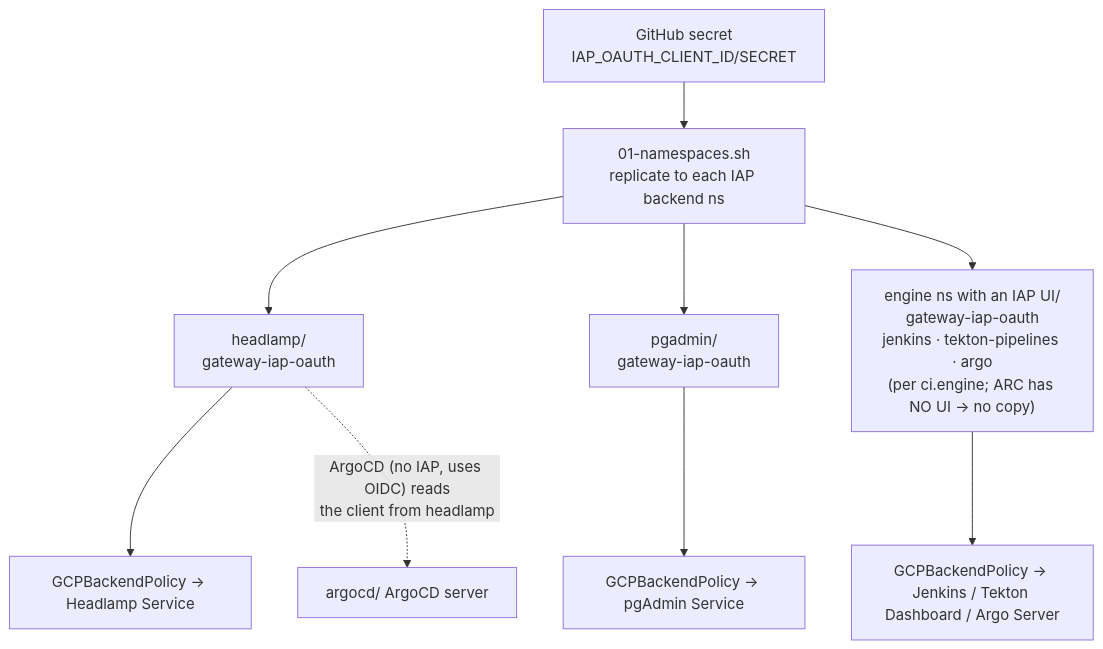
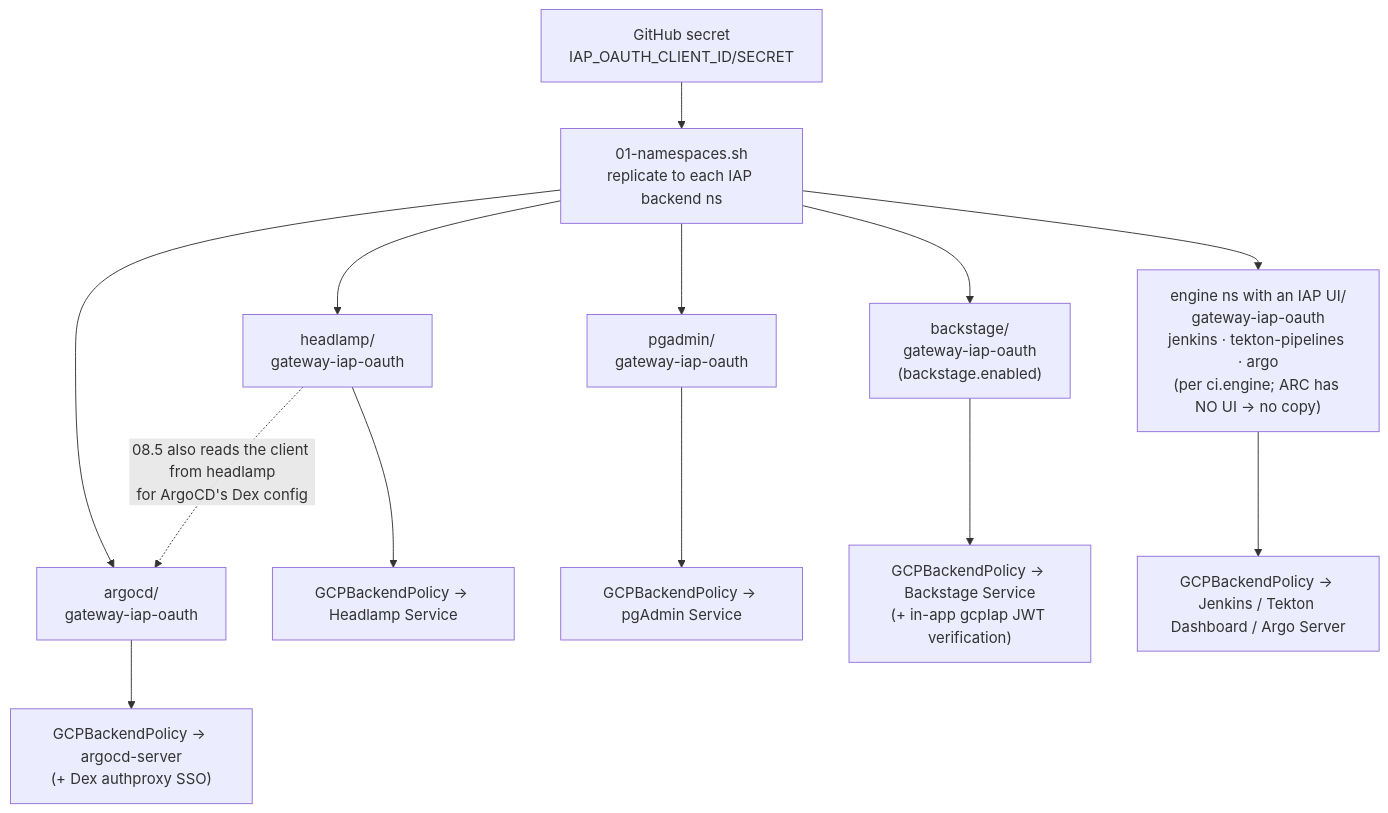
Before and after one commit to nubenetes/jenkins-2026: the tenth of 11 diagrams in docs/201-ARCHITECTURE.md, drawn with Mermaid. The commit also changed other lines of this file and 130 other files, not shown here.

````diff
--- a/docs/201-ARCHITECTURE.md
+++ b/docs/201-ARCHITECTURE.md
@@ -1003,11 +1013,15 @@
 ```mermaid
 graph TD
     GHS["GitHub secret<br/>IAP_OAUTH_CLIENT_ID/SECRET"] --> NS["01-namespaces.sh<br/>replicate to each IAP backend ns"]
     NS --> H["headlamp/<br/>gateway-iap-oauth"]
     NS --> P["pgadmin/<br/>gateway-iap-oauth"]
+    NS --> A["argocd/<br/>gateway-iap-oauth"]
+    NS --> B["backstage/<br/>gateway-iap-oauth<br/>(backstage.enabled)"]
     NS --> J["engine ns with an IAP UI/<br/>gateway-iap-oauth<br/>jenkins · tekton-pipelines · argo<br/>(per ci.engine; ARC has NO UI → no copy)"]
     H --> HP["GCPBackendPolicy → Headlamp Service"]
     P --> PP["GCPBackendPolicy → pgAdmin Service"]
+    A --> AP["GCPBackendPolicy → argocd-server<br/>(+ Dex authproxy SSO)"]
+    B --> BP["GCPBackendPolicy → Backstage Service<br/>(+ in-app gcpIap JWT verification)"]
     J --> JP["GCPBackendPolicy → Jenkins / Tekton Dashboard / Argo Server"]
-    H -. "ArgoCD (no IAP, uses OIDC) reads<br/>the client from headlamp" .-> ACD["argocd/ ArgoCD server"]
+    H -. "08.5 also reads the client from headlamp<br/>for ArgoCD's Dex config" .-> A
 ```
````
